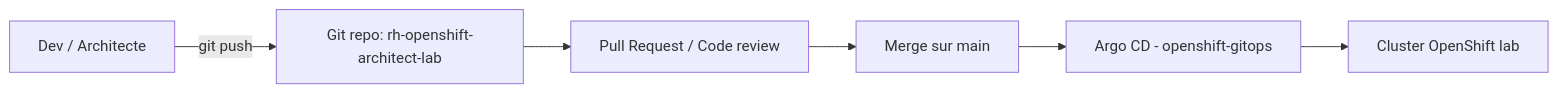
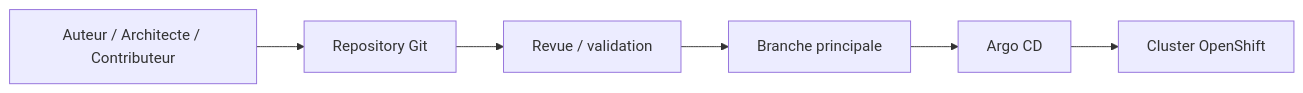
One commit to zdmooc/openshift-platform-blueprints changed the diagram in architecture/reference-architectures/gitops-platform.md. Above: the diagram before and after it, drawn with Mermaid. The commit also changed other lines of this file and 8 other files, not shown here.

Commit message:
Consolidate README, architecture docs and OpenShift guide PDF

````diff
--- a/architecture/reference-architectures/gitops-platform.md
+++ b/architecture/reference-architectures/gitops-platform.md
@@ -76,8 +209,8 @@
 ```mermaid
 flowchart LR
-  Dev[Dev / Architecte] -->|git push| Repo[Git repo: rh-openshift-architect-lab]
-  Repo --> PR[Pull Request / Code review]
-  PR --> Merge[Merge sur main]
-  Merge --> Argo[Argo CD - openshift-gitops]
-  Argo --> Cluster[Cluster OpenShift lab]
+    Author[Auteur / Architecte / Contributeur] --> Git[Repository Git]
+    Git --> Review[Revue / validation]
+    Review --> Main[Branche principale]
+    Main --> Argo[Argo CD]
+    Argo --> Cluster[Cluster OpenShift]
 ```
````
